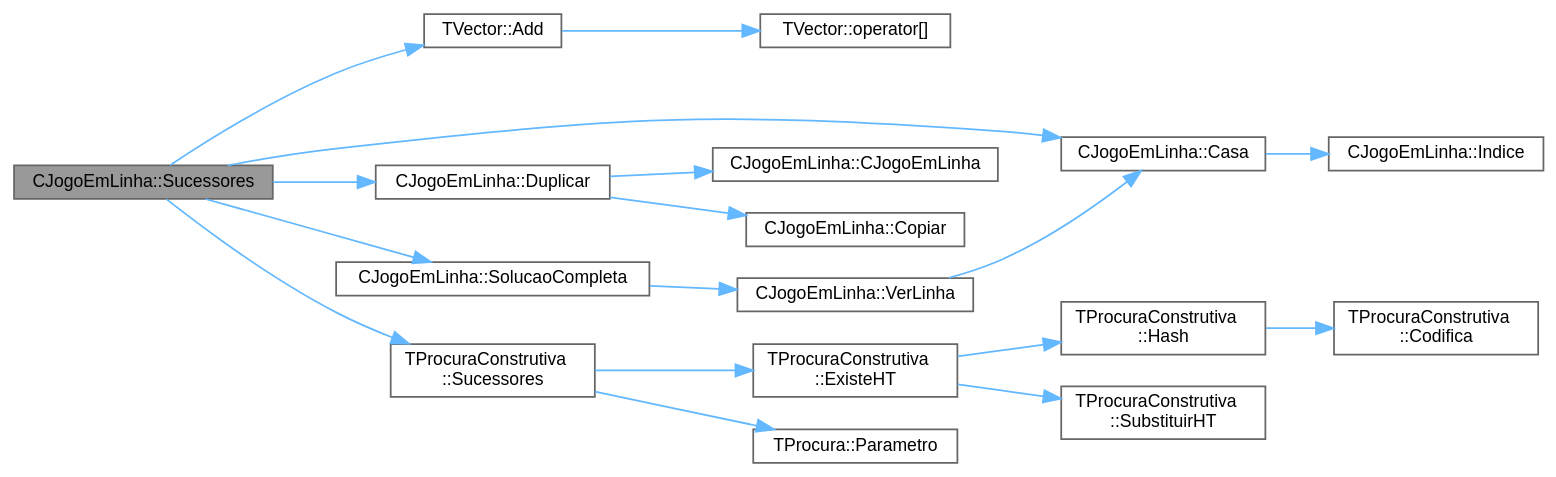
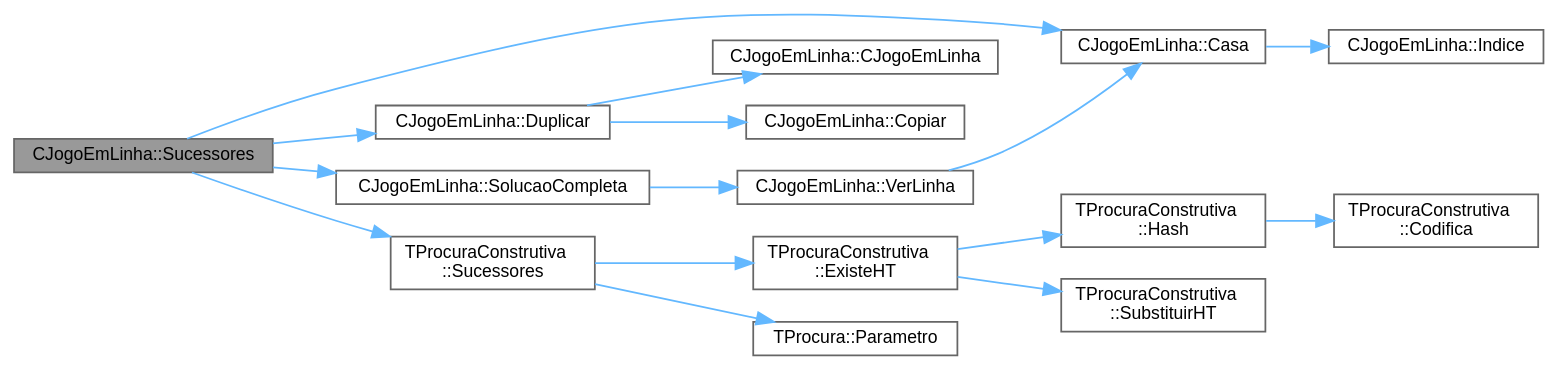
Before and after one commit to jcoelho72/TProcura: the diagram in classCJogoEmLinha_a0fbafadc8f5d1b1ed8aa3ddde563285b_cgraph.dot, drawn with Graphviz. The commit also changed 169 other files, not shown here.

```diff
--- a/classCJogoEmLinha_a0fbafadc8f5d1b1ed8aa3ddde563285b_cgraph.dot
+++ b/classCJogoEmLinha_a0fbafadc8f5d1b1ed8aa3ddde563285b_cgraph.dot
@@ -1,40 +1,36 @@
 digraph "CJogoEmLinha::Sucessores"
 {
  // LATEX_PDF_SIZE
   bgcolor="transparent";
   edge [fontname=Helvetica,fontsize=10,labelfontname=Helvetica,labelfontsize=10];
   node [fontname=Helvetica,fontsize=10,shape=box,height=0.2,width=0.4];
   rankdir="LR";
   Node1 [id="Node000001",label="CJogoEmLinha::Sucessores",height=0.2,width=0.4,color="gray40", fillcolor="grey60", style="filled", fontcolor="black",tooltip="Coloca em sucessores a lista de estados sucessores."];
-  Node1 -> Node2 [id="edge17_Node000001_Node000002",color="steelblue1",style="solid",tooltip=" "];
-  Node2 [id="Node000002",label="TVector::Add",height=0.2,width=0.4,color="grey40", fillcolor="white", style="filled",URL="$classTVector.html#aa28afdd47b27c5e004fc75b86d6f66a6",tooltip=" "];
-  Node2 -> Node3 [id="edge18_Node000002_Node000003",color="steelblue1",style="solid",tooltip=" "];
-  Node3 [id="Node000003",label="TVector::operator[]",height=0.2,width=0.4,color="grey40", fillcolor="white", style="filled",URL="$classTVector.html#a372a42fd7c4a94fee43db36d6a339b33",tooltip="Acesso por índice com auto-expansão."];
-  Node1 -> Node4 [id="edge19_Node000001_Node000004",color="steelblue1",style="solid",tooltip=" "];
-  Node4 [id="Node000004",label="CJogoEmLinha::Casa",height=0.2,width=0.4,color="grey40", fillcolor="white", style="filled",URL="$classCJogoEmLinha.html#a72fb49a4c59c54834e9bd5a936e1da14",tooltip=" "];
-  Node4 -> Node5 [id="edge20_Node000004_Node000005",color="steelblue1",style="solid",tooltip=" "];
-  Node5 [id="Node000005",label="CJogoEmLinha::Indice",height=0.2,width=0.4,color="grey40", fillcolor="white", style="filled",URL="$classCJogoEmLinha.html#a1f1a90de9954476789f5d08420eedfaa",tooltip=" "];
-  Node1 -> Node6 [id="edge21_Node000001_Node000006",color="steelblue1",style="solid",tooltip=" "];
-  Node6 [id="Node000006",label="CJogoEmLinha::Duplicar",height=0.2,width=0.4,color="grey40", fillcolor="white", style="filled",URL="$classCJogoEmLinha.html#af9b87594a26c4230c7c0f59efc8e013a",tooltip="Cria um objecto que é uma cópia deste."];
-  Node6 -> Node7 [id="edge22_Node000006_Node000007",color="steelblue1",style="solid",tooltip=" "];
-  Node7 [id="Node000007",label="CJogoEmLinha::CJogoEmLinha",height=0.2,width=0.4,color="grey40", fillcolor="white", style="filled",URL="$classCJogoEmLinha.html#a88abc2e2195a32ac1b78db2f8733c923",tooltip=" "];
-  Node6 -> Node8 [id="edge23_Node000006_Node000008",color="steelblue1",style="solid",tooltip=" "];
-  Node8 [id="Node000008",label="CJogoEmLinha::Copiar",height=0.2,width=0.4,color="grey40", fillcolor="white", style="filled",URL="$classCJogoEmLinha.html#ab11bd9cb65db20489151a1935df9060e",tooltip=" "];
-  Node1 -> Node9 [id="edge24_Node000001_Node000009",color="steelblue1",style="solid",tooltip=" "];
-  Node9 [id="Node000009",label="CJogoEmLinha::SolucaoCompleta",height=0.2,width=0.4,color="grey40", fillcolor="white", style="filled",URL="$classCJogoEmLinha.html#a82679821a4ac5334b580de65f9e3441a",tooltip="Verifica se o estado actual é objectivo (é uma solução completa)"];
-  Node9 -> Node10 [id="edge25_Node000009_Node000010",color="steelblue1",style="solid",tooltip=" "];
-  Node10 [id="Node000010",label="CJogoEmLinha::VerLinha",height=0.2,width=0.4,color="grey40", fillcolor="white", style="filled",URL="$classCJogoEmLinha.html#ab7f482497b6ffa4823327474f1b822ed",tooltip=" "];
-  Node10 -> Node4 [id="edge26_Node000010_Node000004",color="steelblue1",style="solid",tooltip=" "];
-  Node1 -> Node11 [id="edge27_Node000001_Node000011",color="steelblue1",style="solid",tooltip=" "];
-  Node11 [id="Node000011",label="TProcuraConstrutiva\l::Sucessores",height=0.2,width=0.4,color="grey40", fillcolor="white", style="filled",URL="$group__RedefinicaoMandatoria.html#ga0a13570d2f5a21296e3c10c2780e170c",tooltip="Coloca em sucessores a lista de estados sucessores."];
-  Node11 -> Node12 [id="edge28_Node000011_Node000012",color="steelblue1",style="solid",tooltip=" "];
-  Node12 [id="Node000012",label="TProcuraConstrutiva\l::ExisteHT",height=0.2,width=0.4,color="grey40", fillcolor="white", style="filled",URL="$classTProcuraConstrutiva.html#ad7857beab462b4b09a37e70cc9c787ac",tooltip=" "];
-  Node12 -> Node13 [id="edge29_Node000012_Node000013",color="steelblue1",style="solid",tooltip=" "];
-  Node13 [id="Node000013",label="TProcuraConstrutiva\l::Hash",height=0.2,width=0.4,color="grey40", fillcolor="white", style="filled",URL="$classTProcuraConstrutiva.html#a70375188a6ee7775bc842a3e64f8e35c",tooltip=" "];
-  Node13 -> Node14 [id="edge30_Node000013_Node000014",color="steelblue1",style="solid",tooltip=" "];
-  Node14 [id="Node000014",label="TProcuraConstrutiva\l::Codifica",height=0.2,width=0.4,color="grey40", fillcolor="white", style="filled",URL="$group__RedefinicaoSugerida.html#ga5ff46e85c8f1394c2502f17025284c11",tooltip="Codifica o estado para um vetor de inteiros de 64 bits."];
-  Node12 -> Node15 [id="edge31_Node000012_Node000015",color="steelblue1",style="solid",tooltip=" "];
-  Node15 [id="Node000015",label="TProcuraConstrutiva\l::SubstituirHT",height=0.2,width=0.4,color="grey40", fillcolor="white", style="filled",URL="$classTProcuraConstrutiva.html#a99b7a74f16f5a1b63b12bf629b902057",tooltip=" "];
-  Node11 -> Node16 [id="edge32_Node000011_Node000016",color="steelblue1",style="solid",tooltip=" "];
-  Node16 [id="Node000016",label="TProcura::Parametro",height=0.2,width=0.4,color="grey40", fillcolor="white", style="filled",URL="$classTProcura.html#a0e9e692f29af8a5d5279a8647c800437",tooltip=" "];
+  Node1 -> Node2 [id="edge15_Node000001_Node000002",color="steelblue1",style="solid",tooltip=" "];
+  Node2 [id="Node000002",label="CJogoEmLinha::Casa",height=0.2,width=0.4,color="grey40", fillcolor="white", style="filled",URL="$classCJogoEmLinha.html#a72fb49a4c59c54834e9bd5a936e1da14",tooltip=" "];
+  Node2 -> Node3 [id="edge16_Node000002_Node000003",color="steelblue1",style="solid",tooltip=" "];
+  Node3 [id="Node000003",label="CJogoEmLinha::Indice",height=0.2,width=0.4,color="grey40", fillcolor="white", style="filled",URL="$classCJogoEmLinha.html#a1f1a90de9954476789f5d08420eedfaa",tooltip=" "];
+  Node1 -> Node4 [id="edge17_Node000001_Node000004",color="steelblue1",style="solid",tooltip=" "];
+  Node4 [id="Node000004",label="CJogoEmLinha::Duplicar",height=0.2,width=0.4,color="grey40", fillcolor="white", style="filled",URL="$classCJogoEmLinha.html#af9b87594a26c4230c7c0f59efc8e013a",tooltip="Cria um objecto que é uma cópia deste."];
+  Node4 -> Node5 [id="edge18_Node000004_Node000005",color="steelblue1",style="solid",tooltip=" "];
+  Node5 [id="Node000005",label="CJogoEmLinha::CJogoEmLinha",height=0.2,width=0.4,color="grey40", fillcolor="white", style="filled",URL="$classCJogoEmLinha.html#a88abc2e2195a32ac1b78db2f8733c923",tooltip=" "];
+  Node4 -> Node6 [id="edge19_Node000004_Node000006",color="steelblue1",style="solid",tooltip=" "];
+  Node6 [id="Node000006",label="CJogoEmLinha::Copiar",height=0.2,width=0.4,color="grey40", fillcolor="white", style="filled",URL="$classCJogoEmLinha.html#ab11bd9cb65db20489151a1935df9060e",tooltip=" "];
+  Node1 -> Node7 [id="edge20_Node000001_Node000007",color="steelblue1",style="solid",tooltip=" "];
+  Node7 [id="Node000007",label="CJogoEmLinha::SolucaoCompleta",height=0.2,width=0.4,color="grey40", fillcolor="white", style="filled",URL="$classCJogoEmLinha.html#a82679821a4ac5334b580de65f9e3441a",tooltip="Verifica se o estado actual é objectivo (é uma solução completa)"];
+  Node7 -> Node8 [id="edge21_Node000007_Node000008",color="steelblue1",style="solid",tooltip=" "];
+  Node8 [id="Node000008",label="CJogoEmLinha::VerLinha",height=0.2,width=0.4,color="grey40", fillcolor="white", style="filled",URL="$classCJogoEmLinha.html#ab7f482497b6ffa4823327474f1b822ed",tooltip=" "];
+  Node8 -> Node2 [id="edge22_Node000008_Node000002",color="steelblue1",style="solid",tooltip=" "];
+  Node1 -> Node9 [id="edge23_Node000001_Node000009",color="steelblue1",style="solid",tooltip=" "];
+  Node9 [id="Node000009",label="TProcuraConstrutiva\l::Sucessores",height=0.2,width=0.4,color="grey40", fillcolor="white", style="filled",URL="$group__RedefinicaoMandatoria.html#ga0a13570d2f5a21296e3c10c2780e170c",tooltip="Coloca em sucessores a lista de estados sucessores."];
+  Node9 -> Node10 [id="edge24_Node000009_Node000010",color="steelblue1",style="solid",tooltip=" "];
+  Node10 [id="Node000010",label="TProcuraConstrutiva\l::ExisteHT",height=0.2,width=0.4,color="grey40", fillcolor="white", style="filled",URL="$classTProcuraConstrutiva.html#ad7857beab462b4b09a37e70cc9c787ac",tooltip=" "];
+  Node10 -> Node11 [id="edge25_Node000010_Node000011",color="steelblue1",style="solid",tooltip=" "];
+  Node11 [id="Node000011",label="TProcuraConstrutiva\l::Hash",height=0.2,width=0.4,color="grey40", fillcolor="white", style="filled",URL="$classTProcuraConstrutiva.html#a70375188a6ee7775bc842a3e64f8e35c",tooltip=" "];
+  Node11 -> Node12 [id="edge26_Node000011_Node000012",color="steelblue1",style="solid",tooltip=" "];
+  Node12 [id="Node000012",label="TProcuraConstrutiva\l::Codifica",height=0.2,width=0.4,color="grey40", fillcolor="white", style="filled",URL="$group__RedefinicaoSugerida.html#ga5ff46e85c8f1394c2502f17025284c11",tooltip="Codifica o estado para um vetor de inteiros de 64 bits."];
+  Node10 -> Node13 [id="edge27_Node000010_Node000013",color="steelblue1",style="solid",tooltip=" "];
+  Node13 [id="Node000013",label="TProcuraConstrutiva\l::SubstituirHT",height=0.2,width=0.4,color="grey40", fillcolor="white", style="filled",URL="$classTProcuraConstrutiva.html#a99b7a74f16f5a1b63b12bf629b902057",tooltip=" "];
+  Node9 -> Node14 [id="edge28_Node000009_Node000014",color="steelblue1",style="solid",tooltip=" "];
+  Node14 [id="Node000014",label="TProcura::Parametro",height=0.2,width=0.4,color="grey40", fillcolor="white", style="filled",URL="$classTProcura.html#a0e9e692f29af8a5d5279a8647c800437",tooltip=" "];
 }
```
